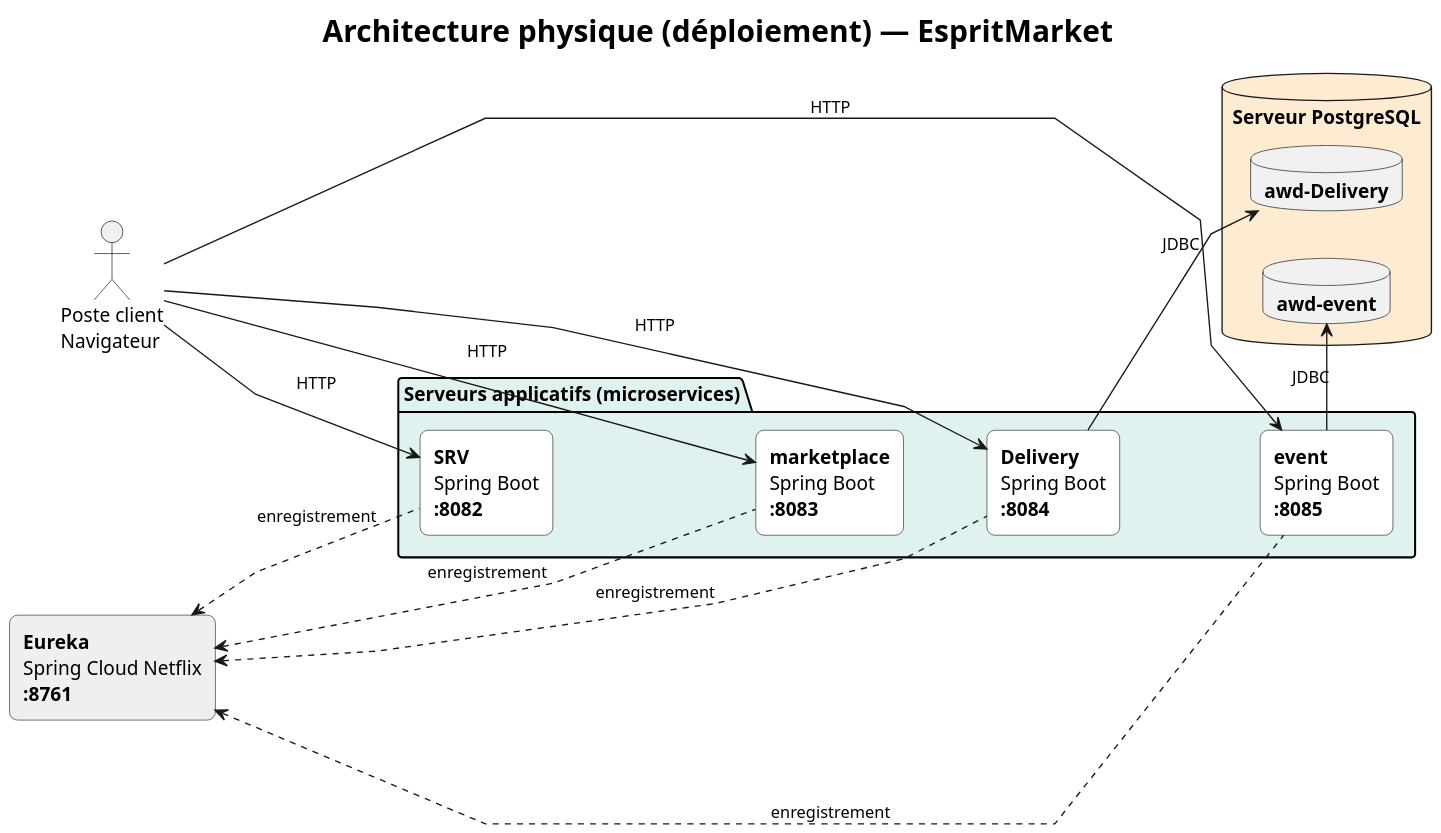
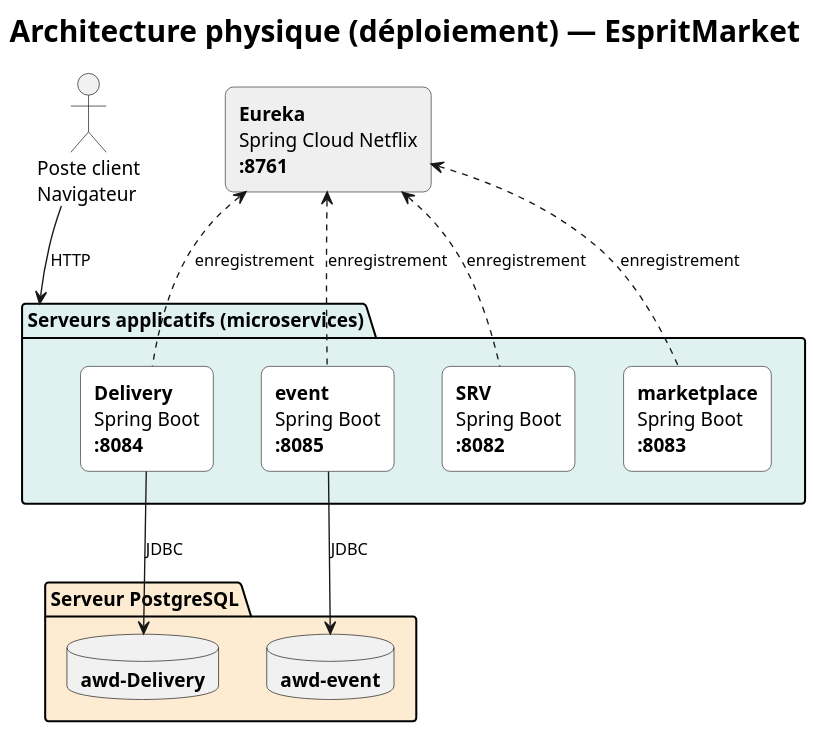
One commit to TheSphynxoid/AWD-EspritMarket changed the diagram in documentation/diag/architecture-physique.puml. Above: the diagram before and after it, drawn with PlantUML. The commit also changed 13 other files, not shown here.

Commit message:
Flatten Event folder, adopt net.thesphynx package; tidy architecture diagrams

```diff
--- a/documentation/diag/architecture-physique.puml
+++ b/documentation/diag/architecture-physique.puml
@@ -1,52 +1,49 @@
 @startuml architecture-physique
 
 title <size:22>**Architecture physique (déploiement) — EspritMarket**</size>
-
-left to right direction
 
 skinparam dpi 150
 skinparam shadowing false
 skinparam defaultFontName "Segoe UI"
 skinparam rectangleRoundCorner 12
 skinparam packageRectangleRoundCorner 18
 skinparam ArrowFontSize 12
-skinparam linetype polyline
 
 skinparam rectangle {
   BackgroundColor #FFFFFF
   BorderColor #333333
 }
 
 actor "Poste client\nNavigateur" as Client
 
 rectangle "**Eureka**\nSpring Cloud Netflix\n<b>:8761</b>" as EU #EFEFEF
 
-package "Serveurs applicatifs (microservices)" #DFF2F0 {
+package "Serveurs applicatifs (microservices)" as APP #DFF2F0 {
   rectangle "**SRV**\nSpring Boot\n<b>:8082</b>" as SRV
   rectangle "**marketplace**\nSpring Boot\n<b>:8083</b>" as MKT
   rectangle "**Delivery**\nSpring Boot\n<b>:8084</b>" as DEL
   rectangle "**event**\nSpring Boot\n<b>:8085</b>" as EVT
-  SRV -[hidden]down-> MKT
-  MKT -[hidden]down-> DEL
-  DEL -[hidden]down-> EVT
+  SRV -[hidden]right-> MKT
+  MKT -[hidden]right-> DEL
+  DEL -[hidden]right-> EVT
 }
 
-database "Serveur PostgreSQL" #FDEBD2 {
+package "Serveur PostgreSQL" as DBS #FDEBD2 {
   database "**awd-Delivery**" as AWDDB
   database "**awd-event**" as EVTDB
+  AWDDB -[hidden]right-> EVTDB
 }
 
-Client -down-> SRV : HTTP
-Client -down-> MKT : HTTP
-Client -down-> DEL : HTTP
-Client -down-> EVT : HTTP
+Client -[hidden]right-> EU
+
+Client -down-> APP : HTTP
 
 SRV .up.> EU : enregistrement
 MKT .up.> EU : enregistrement
 DEL .up.> EU : enregistrement
 EVT .up.> EU : enregistrement
 
-DEL -right-> AWDDB : JDBC
-EVT -right-> EVTDB : JDBC
+DEL -down-> AWDDB : JDBC
+EVT -down-> EVTDB : JDBC
 
 @enduml
```
